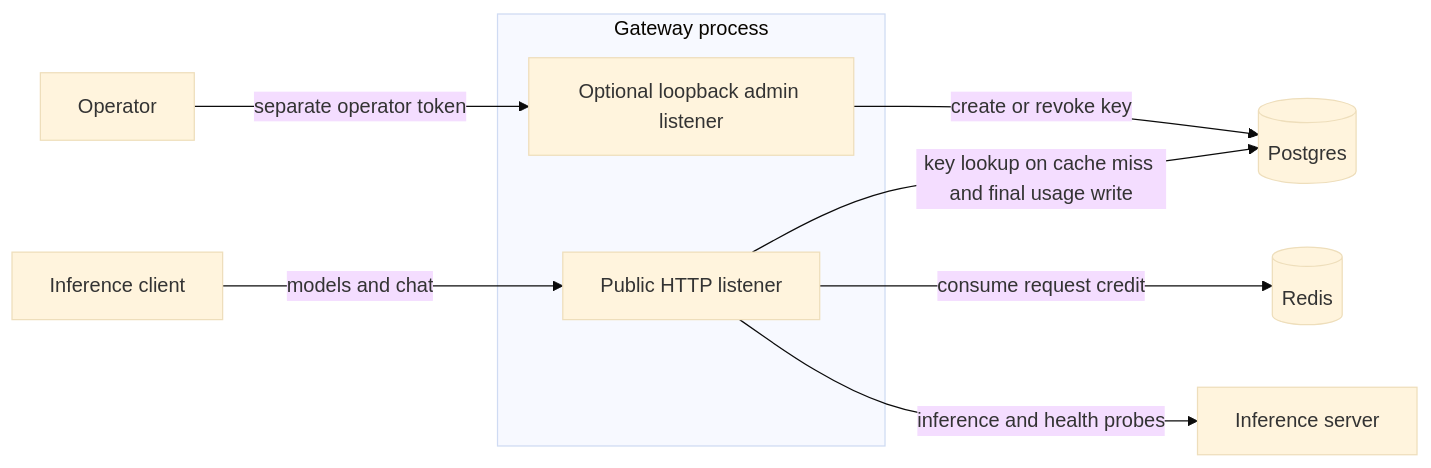
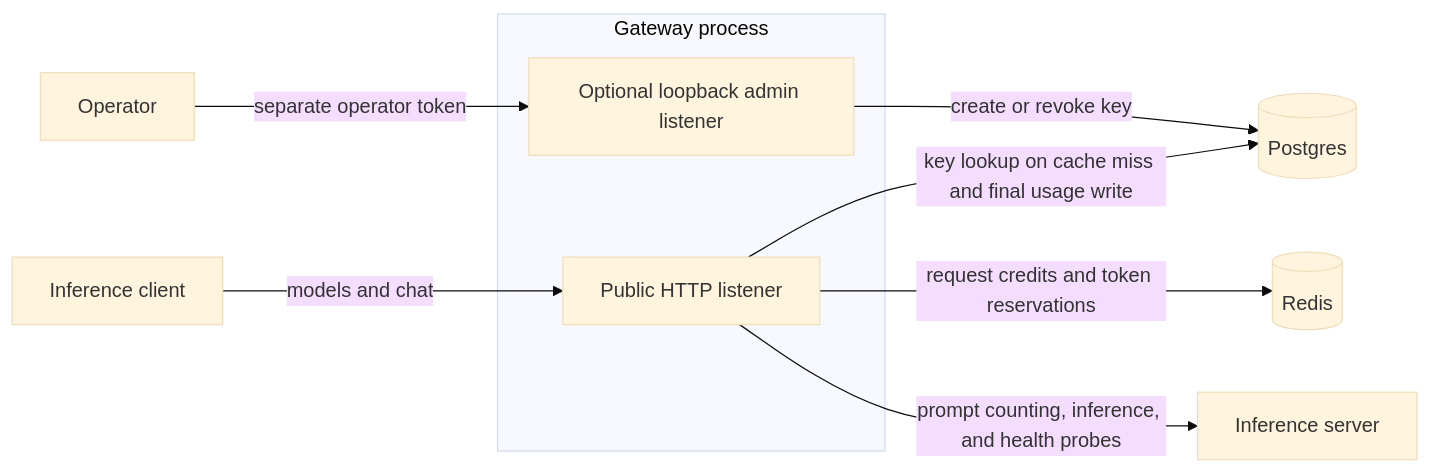
Before and after one commit to TheRealShek/llmgate: the diagram in README.md, drawn with Mermaid (base theme). The commit also changed other lines of this file and 28 other files, not shown here.

````diff
--- a/README.md
+++ b/README.md
@@ -42,13 +42,13 @@
 ```mermaid
 flowchart LR
     Client[Inference client] -->|models and chat| Public
     Operator[Operator] -->|separate operator token| Admin
     subgraph Gateway[Gateway process]
         Public[Public HTTP listener]
         Admin[Optional loopback admin listener]
     end
     Public -->|key lookup on cache miss and final usage write| PG[(Postgres)]
     Admin -->|create or revoke key| PG
-    Public -->|consume request credit| Redis[(Redis)]
-    Public -->|inference and health probes| Backend[Inference server]
+    Public -->|request credits and token reservations| Redis[(Redis)]
+    Public -->|prompt counting, inference, and health probes| Backend[Inference server]
 ```
````
